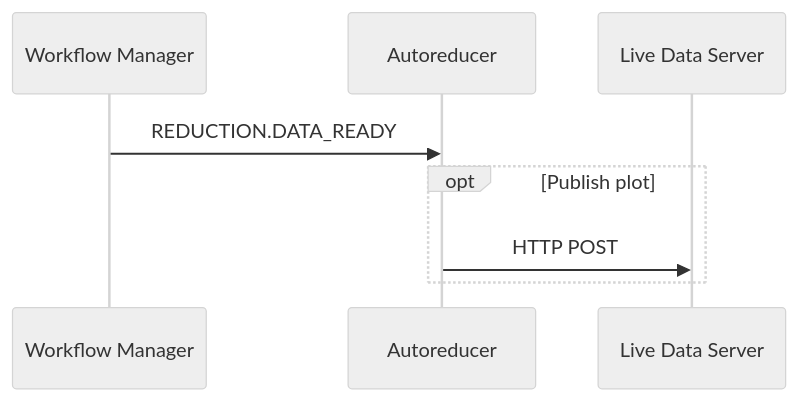
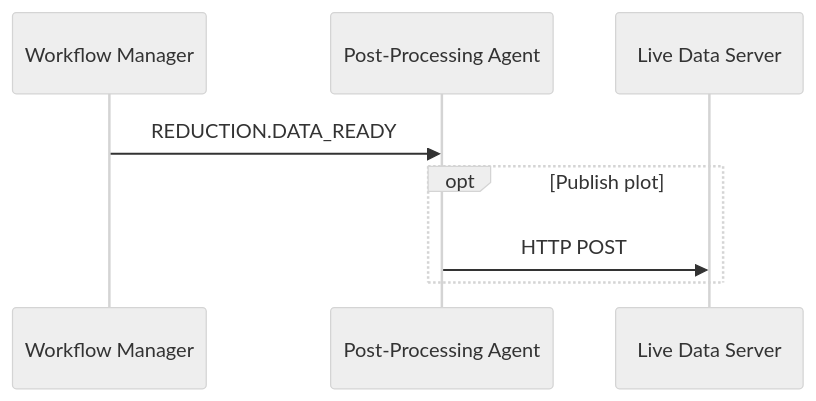
Before and after one commit to neutrons/data_workflow: the sixth of 8 diagrams in docs/developer/architecture/communication_flows.rst, drawn with Mermaid (neutral theme). The commit also changed other lines of this file and 2 other files, not shown here.

```diff
--- a/docs/developer/architecture/communication_flows.rst
+++ b/docs/developer/architecture/communication_flows.rst
@@ -153,11 +162,11 @@
 .. mermaid::
 
     sequenceDiagram
         participant Workflow Manager
-        participant Autoreducer
+        participant Post-Processing Agent
         participant Live Data Server
 
-        Workflow Manager->>Autoreducer: REDUCTION.DATA_READY
+        Workflow Manager->>Post-Processing Agent: REDUCTION.DATA_READY
         opt Publish plot
-            Autoreducer->>Live Data Server: HTTP POST
+            Post-Processing Agent->>Live Data Server: HTTP POST
         end
```
